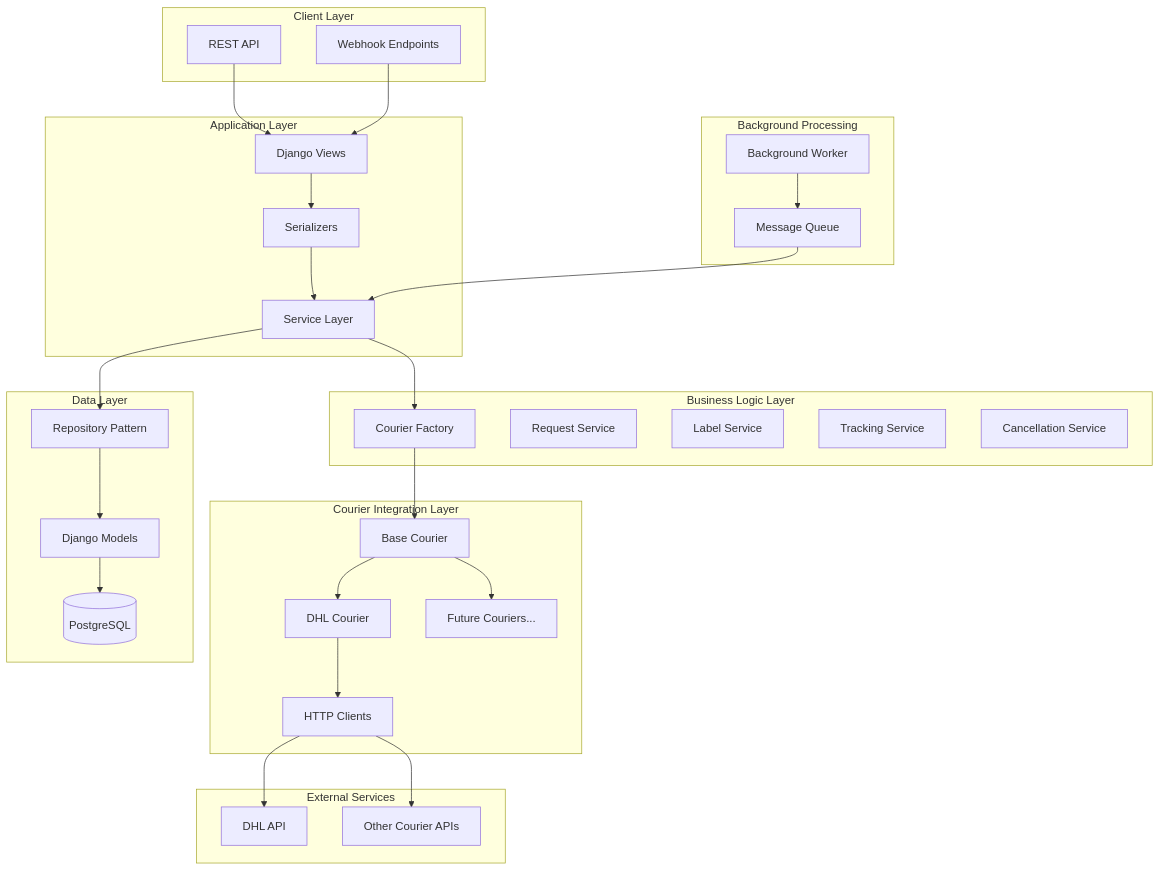
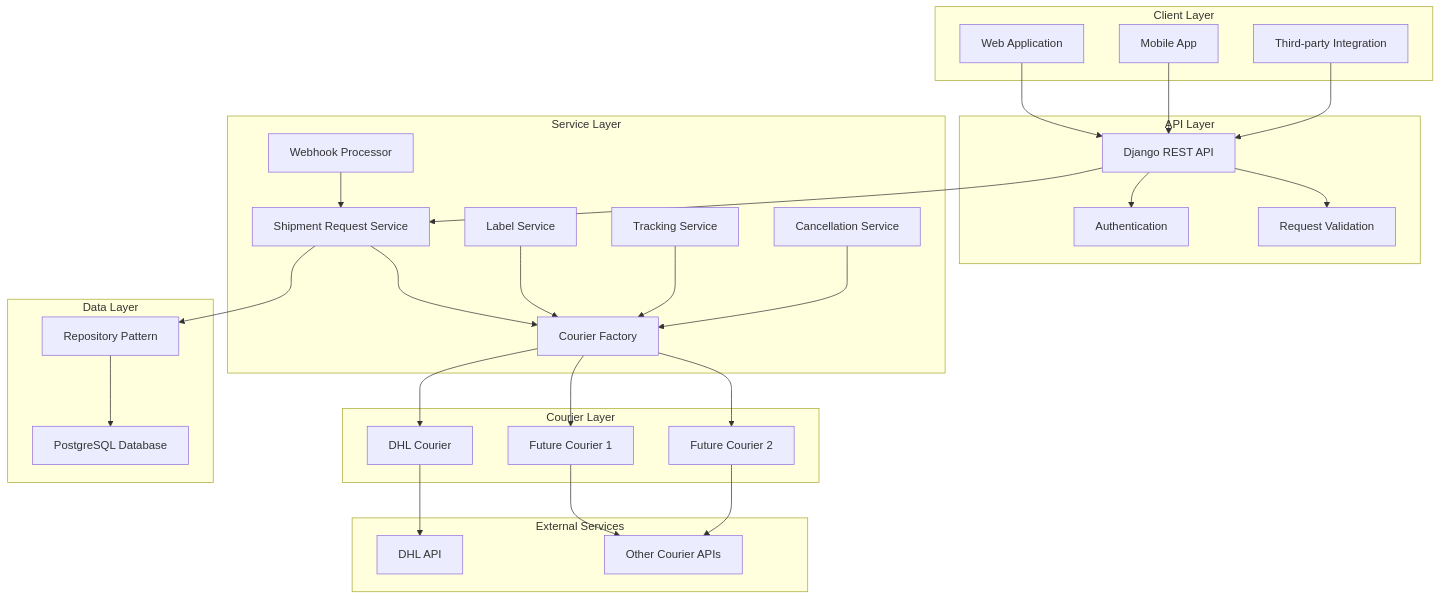
Before and after one commit to syed-zunnurain/couriers-unified: the first of 8 diagrams in README.md, drawn with Mermaid. The commit also changed other lines of this file and 14 other files, not shown here.

````diff
--- a/README.md
+++ b/README.md
@@ -36,61 +52,59 @@
 ```mermaid
 graph TB
     subgraph "Client Layer"
-        API[REST API]
-        WEBHOOK[Webhook Endpoints]
+        A[Web Application]
+        B[Mobile App]
+        C[Third-party Integration]
     end
     
-    subgraph "Application Layer"
-        VIEWS[Django Views]
-        SERIALIZERS[Serializers]
-        SERVICES[Service Layer]
+    subgraph "API Layer"
+        D[Django REST API]
+        E[Authentication]
+        F[Request Validation]
     end
     
-    subgraph "Business Logic Layer"
-        COURIER_FACTORY[Courier Factory]
-        REQUEST_SERVICE[Request Service]
-        LABEL_SERVICE[Label Service]
-        TRACKING_SERVICE[Tracking Service]
-        CANCELLATION_SERVICE[Cancellation Service]
+    subgraph "Service Layer"
+        G[Shipment Request Service]
+        H[Courier Factory]
+        I[Label Service]
+        J[Tracking Service]
+        K[Cancellation Service]
+        L[Webhook Processor]
     end
     
-    subgraph "Courier Integration Layer"
-        BASE_COURIER[Base Courier]
-        DHL_COURIER[DHL Courier]
-        FUTURE_COURIER[Future Couriers...]
-        HTTP_CLIENTS[HTTP Clients]
+    subgraph "Courier Layer"
+        M[DHL Courier]
+        N[Future Courier 1]
+        O[Future Courier 2]
     end
     
     subgraph "Data Layer"
-        REPOSITORIES[Repository Pattern]
-        MODELS[Django Models]
-        DATABASE[(PostgreSQL)]
+        P[PostgreSQL Database]
+        Q[Repository Pattern]
     end
     
     subgraph "External Services"
-        DHL_API[DHL API]
-        OTHER_APIS[Other Courier APIs]
+        R[DHL API]
+        S[Other Courier APIs]
     end
     
-    subgraph "Background Processing"
-        WORKER[Background Worker]
-        QUEUE[Message Queue]
-    end
-    
-    API --> VIEWS
-    WEBHOOK --> VIEWS
-    VIEWS --> SERIALIZERS
-    SERIALIZERS --> SERVICES
-    SERVICES --> COURIER_FACTORY
-    COURIER_FACTORY --> BASE_COURIER
-    BASE_COURIER --> DHL_COURIER
-    BASE_COURIER --> FUTURE_COURIER
-    DHL_COURIER --> HTTP_CLIENTS
-    HTTP_CLIENTS --> DHL_API
-    HTTP_CLIENTS --> OTHER_APIS
-    SERVICES --> REPOSITORIES
-    REPOSITORIES --> MODELS
-    MODELS --> DATABASE
-    WORKER --> QUEUE
-    QUEUE --> SERVICES
+    A --> D
+    B --> D
+    C --> D
+    D --> E
+    D --> F
+    D --> G
+    G --> H
+    H --> M
+    H --> N
+    H --> O
+    M --> R
+    N --> S
+    O --> S
+    G --> Q
+    Q --> P
+    I --> H
+    J --> H
+    K --> H
+    L --> G
 ```
````
